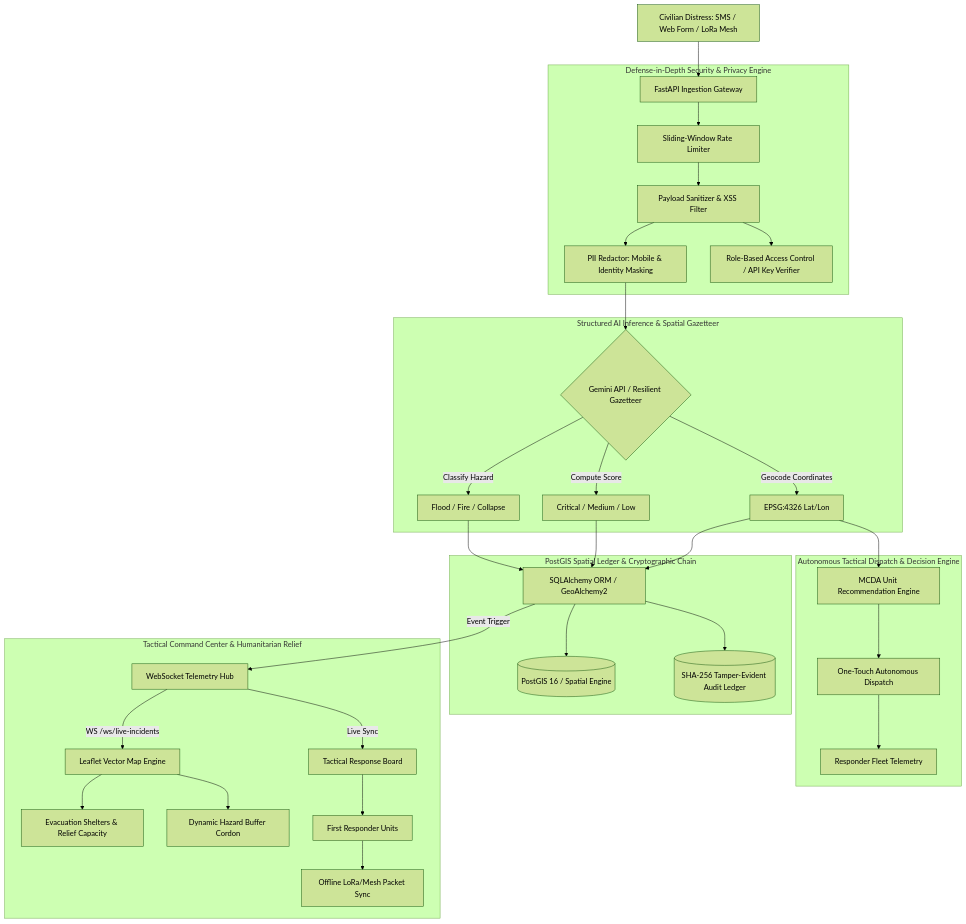
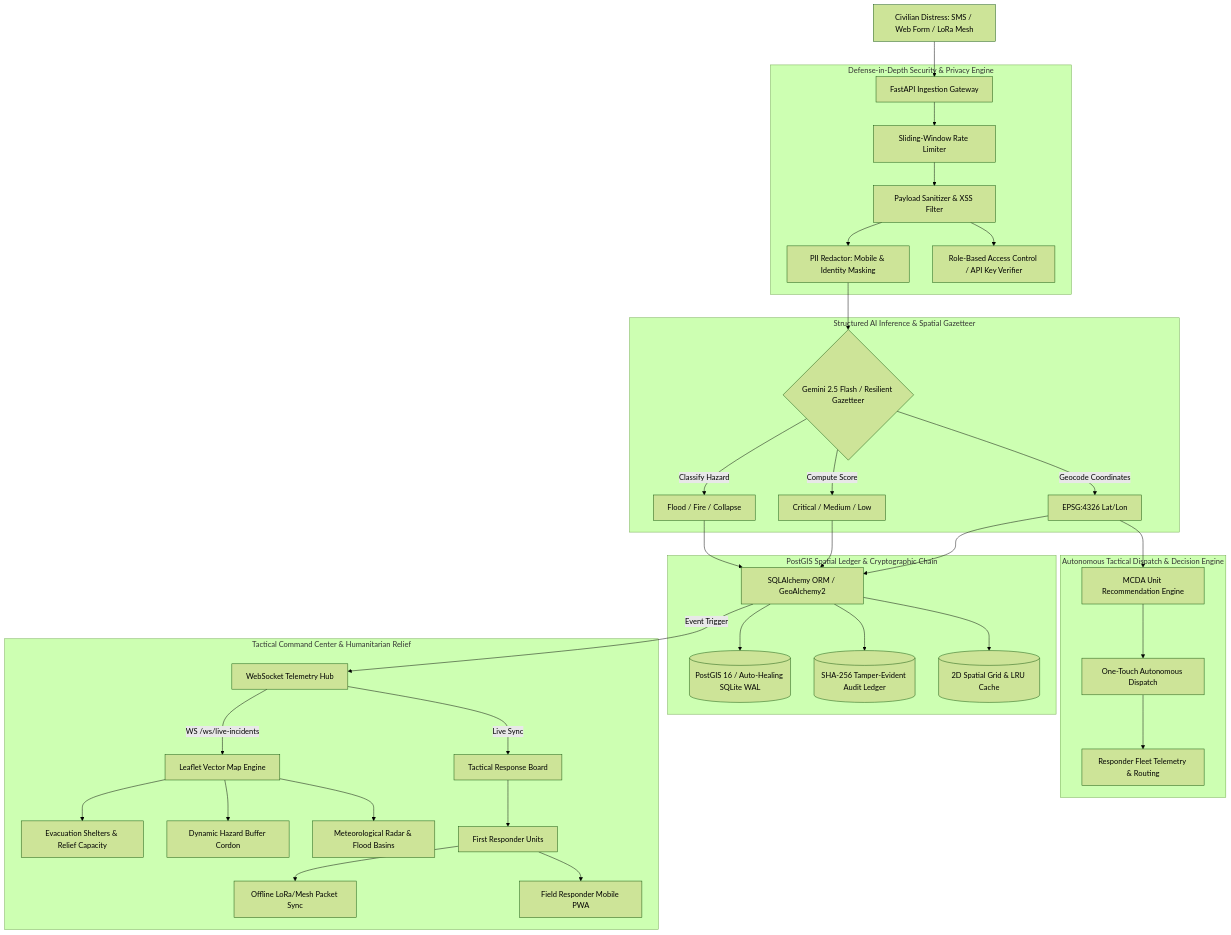
The diagram in README.md (tmlnaliaka/u-sha-jua), drawn with Mermaid (forest theme) before and after one commit. The commit also changed other lines of this file, not shown here.

Commit message:
docs: update README to reflect full platform capabilities, architecture, API reference, and test suite

````diff
--- a/README.md
+++ b/README.md
@@ -17,43 +18,46 @@
 ```mermaid
 flowchart TD
     Civilian[Civilian Distress: SMS / Web Form / LoRa Mesh] --> Ingest[FastAPI Ingestion Gateway]
     
     subgraph Security["Defense-in-Depth Security & Privacy Engine"]
         Ingest --> RateLimiter[Sliding-Window Rate Limiter]
         RateLimiter --> InputSanitizer[Payload Sanitizer & XSS Filter]
         InputSanitizer --> PIIMask[PII Redactor: Mobile & Identity Masking]
         InputSanitizer --> RBAC[Role-Based Access Control / API Key Verifier]
     end
 
     subgraph AI["Structured AI Inference & Spatial Gazetteer"]
-        PIIMask --> NLP{Gemini API / Resilient Gazetteer}
+        PIIMask --> NLP{Gemini 2.5 Flash / Resilient Gazetteer}
         NLP -->|Classify Hazard| Hazard[Flood / Fire / Collapse]
         NLP -->|Compute Score| Urgency[Critical / Medium / Low]
         NLP -->|Geocode Coordinates| Coords[EPSG:4326 Lat/Lon]
     end
 
     subgraph Dispatch["Autonomous Tactical Dispatch & Decision Engine"]
         Coords --> MCDA[MCDA Unit Recommendation Engine]
         MCDA --> AutoDispatch[One-Touch Autonomous Dispatch]
-        AutoDispatch --> Fleet[Responder Fleet Telemetry]
+        AutoDispatch --> Fleet[Responder Fleet Telemetry & Routing]
     end
 
     subgraph Data["PostGIS Spatial Ledger & Cryptographic Chain"]
         Hazard --> Persist[SQLAlchemy ORM / GeoAlchemy2]
         Urgency --> Persist
         Coords --> Persist
-        Persist --> DB[(PostGIS 16 / Spatial Engine)]
+        Persist --> DB[(PostGIS 16 / Auto-Healing SQLite WAL)]
         Persist --> AuditLedger[(SHA-256 Tamper-Evident Audit Ledger)]
+        Persist --> SpatialIdx[(2D Spatial Grid & LRU Cache)]
     end
 
     Persist -->|Event Trigger| WSManager[WebSocket Telemetry Hub]
 
     subgraph Operations["Tactical Command Center & Humanitarian Relief"]
         WSManager -->|WS /ws/live-incidents| DispatchMap[Leaflet Vector Map Engine]
         DispatchMap --> Shelters[Evacuation Shelters & Relief Capacity]
         DispatchMap --> HazardZone[Dynamic Hazard Buffer Cordon]
+        DispatchMap --> WeatherRadar[Meteorological Radar & Flood Basins]
         WSManager -->|Live Sync| DispatchBoard[Tactical Response Board]
         DispatchBoard --> DispatchedUnits[First Responder Units]
         DispatchedUnits --> MeshSync[Offline LoRa/Mesh Packet Sync]
+        DispatchedUnits --> ResponderPWA[Field Responder Mobile PWA]
     end
 ```
````
